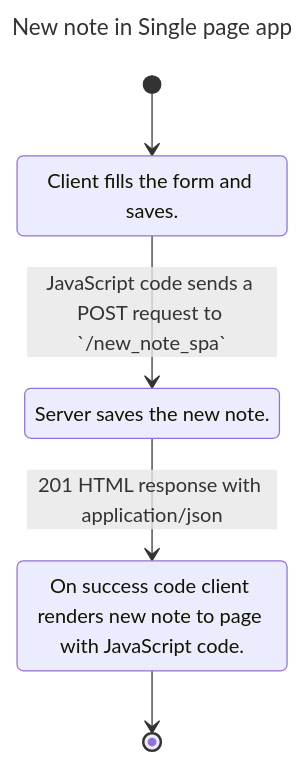
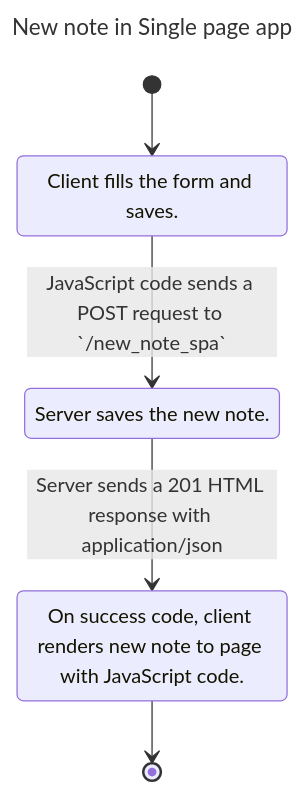
The diagram in new_note_spa_diagram.md (degenone/FSO-part0), drawn with Mermaid before and after one commit. The commit also changed 2 other files, not shown here.

Commit message:
final touchups to diagrams

````diff
--- a/new_note_spa_diagram.md
+++ b/new_note_spa_diagram.md
@@ -5,13 +5,13 @@
 ```mermaid
 ---
 title: New note in Single page app
 ---
 stateDiagram-v2
     state "Client fills the form and saves." as s1
     state "Server saves the new note." as s2
-    state "On success code client renders new note to page with JavaScript code." as s3
+    state "On success code, client renders new note to page with JavaScript code." as s3
     [*] --> s1
     s1 --> s2: JavaScript code sends a POST request to `/new_note_spa`
-    s2 --> s3: 201 HTML response with application/json
+    s2 --> s3: Server sends a 201 HTML response with application/json
     s3 --> [*]
 ```
````
